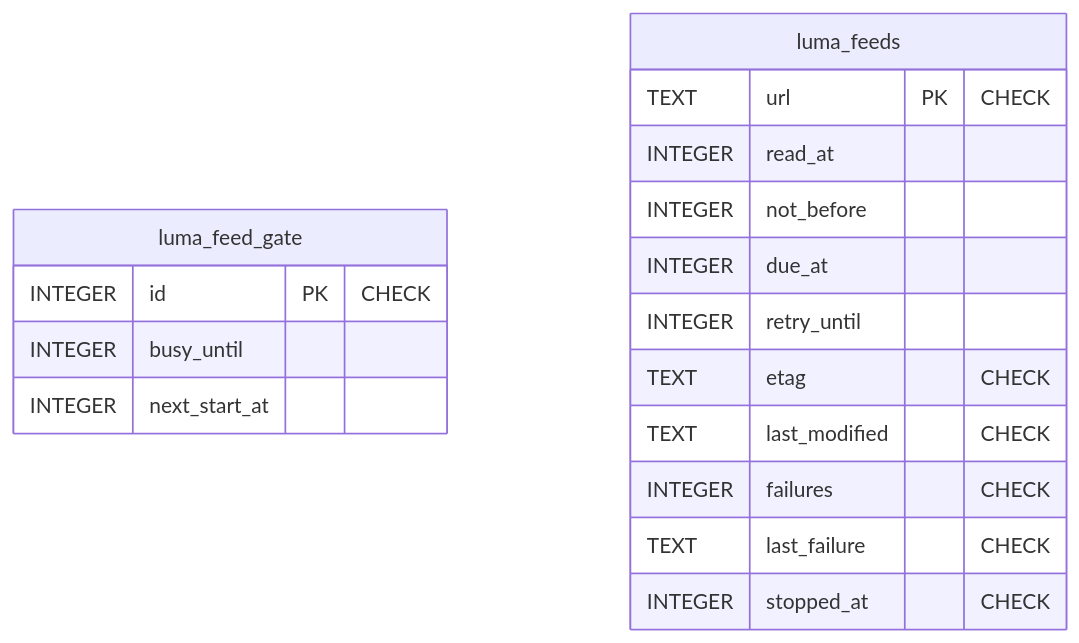
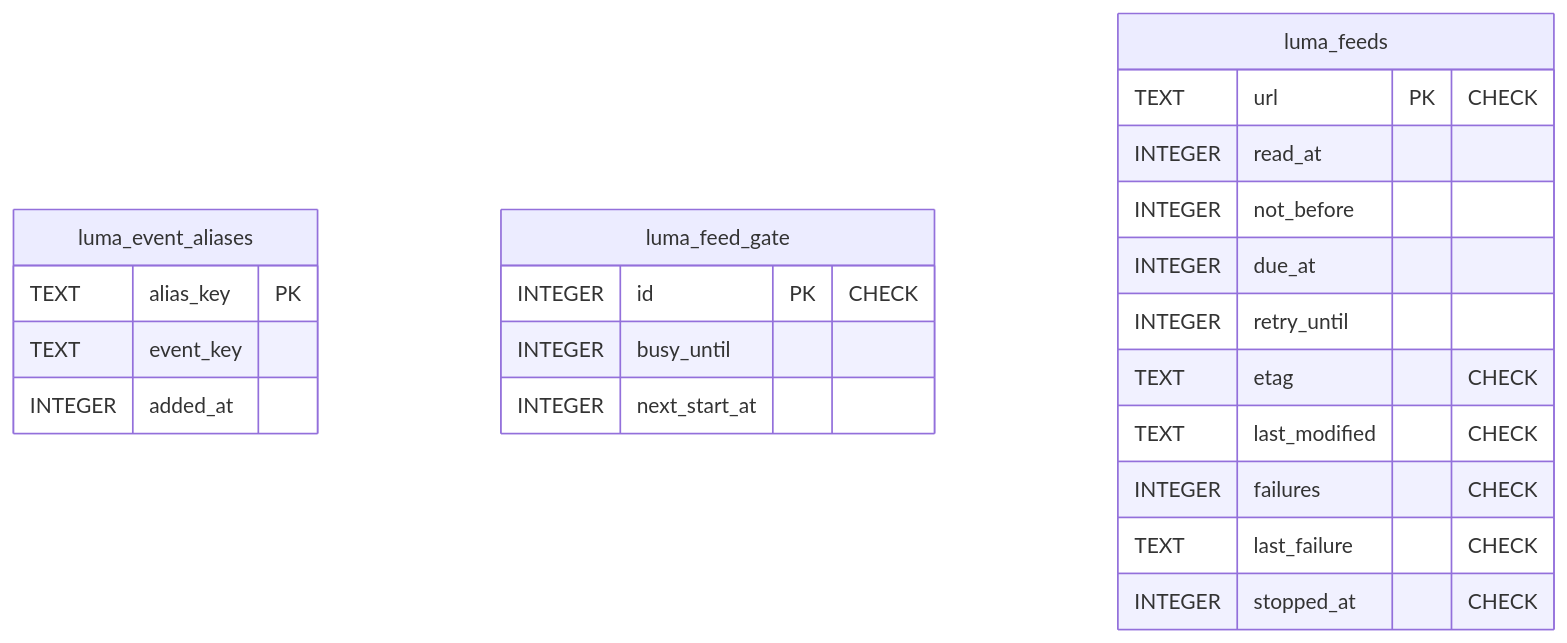
The tenth of 11 diagrams in docs/dev/er-diagram.md (piconic-ai/slide), drawn with Mermaid before and after one commit. The commit also changed other lines of this file and 1 other file, not shown here.

Commit message:
Put the Luma event alias table in the feeds domain of the ER document
Claude-Session: https://claude.ai/code/session_018dCvHb35piQssGGHTMcYQu

````diff
--- a/docs/dev/er-diagram.md
+++ b/docs/dev/er-diagram.md
@@ -505,20 +506,25 @@
 ```mermaid
 erDiagram
+    luma_event_aliases {
+        TEXT alias_key PK
+        TEXT event_key
+        INTEGER added_at
+    }
     luma_feed_gate {
         INTEGER id PK "CHECK"
         INTEGER busy_until
         INTEGER next_start_at
     }
     luma_feeds {
         TEXT url PK "CHECK"
         INTEGER read_at
         INTEGER not_before
         INTEGER due_at
         INTEGER retry_until
         TEXT etag "CHECK"
         TEXT last_modified "CHECK"
         INTEGER failures "CHECK"
         TEXT last_failure "CHECK"
         INTEGER stopped_at "CHECK"
     }
 ```
````
